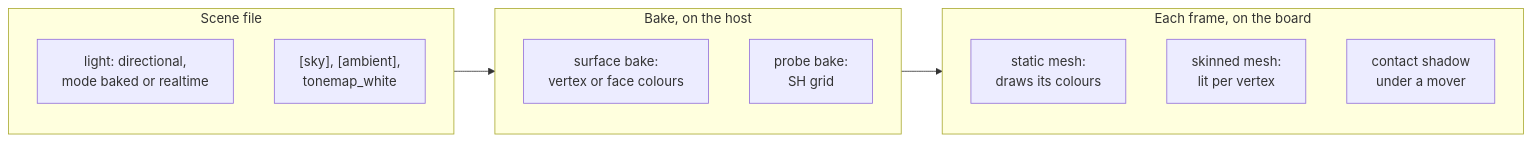
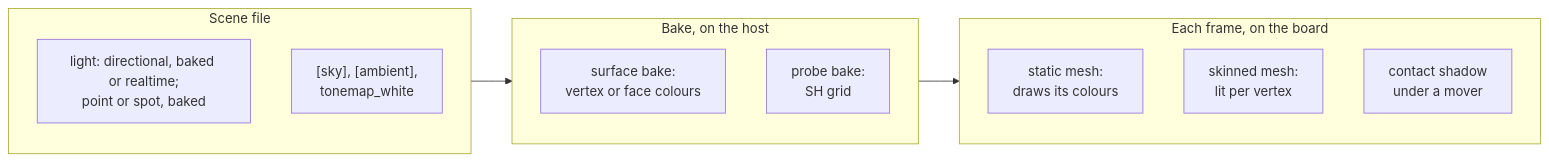
The diagram in docs/render/Lighting.md (jose-villegas/autana), drawn with Mermaid before and after one commit. The commit also changed other lines of this file and 2 other files, not shown here.

Commit message:
docs: Lighting hub lists point and spot lights; light_figures.py draws a baked point and spot scene on the host (ifnoq.1)

````diff
--- a/docs/render/Lighting.md
+++ b/docs/render/Lighting.md
@@ -7,20 +7,20 @@
 ```mermaid
 flowchart LR
     subgraph Scene["Scene file"]
         direction TB
-        Sun["light: directional,<br/>mode baked or realtime"]
+        Sun["light: directional, baked or realtime;<br/>point or spot, baked"]
         Sky["[sky], [ambient],<br/>tonemap_white"]
     end
     subgraph Host["Bake, on the host"]
         direction TB
         Surface["surface bake:<br/>vertex or face colours"]
         Probes["probe bake:<br/>SH grid"]
     end
     subgraph Board["Each frame, on the board"]
         direction TB
         Static["static mesh:<br/>draws its colours"]
         Skinned["skinned mesh:<br/>lit per vertex"]
         Contact["contact shadow<br/>under a mover"]
     end
     Scene --> Host --> Board
 ```
````
